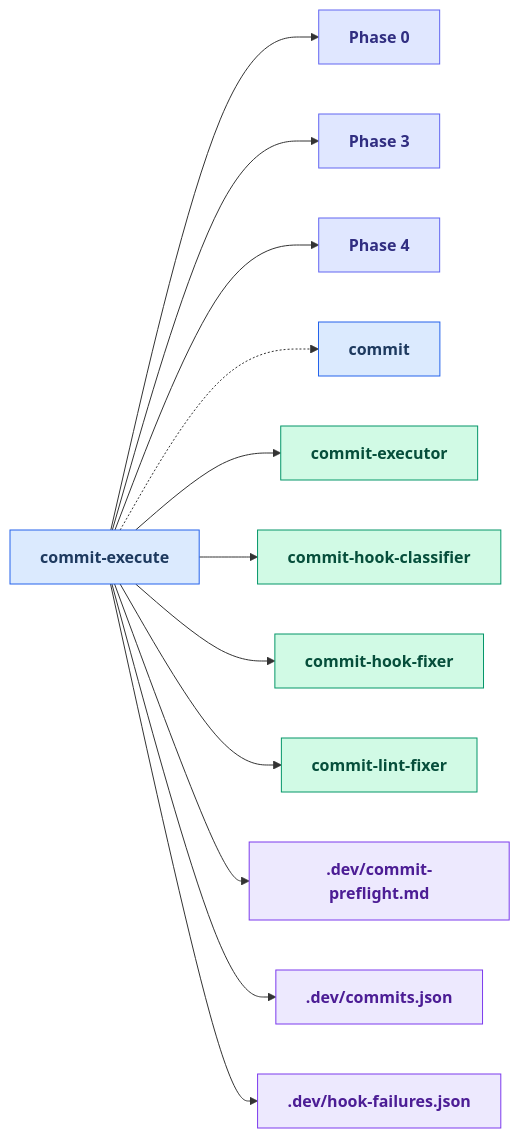
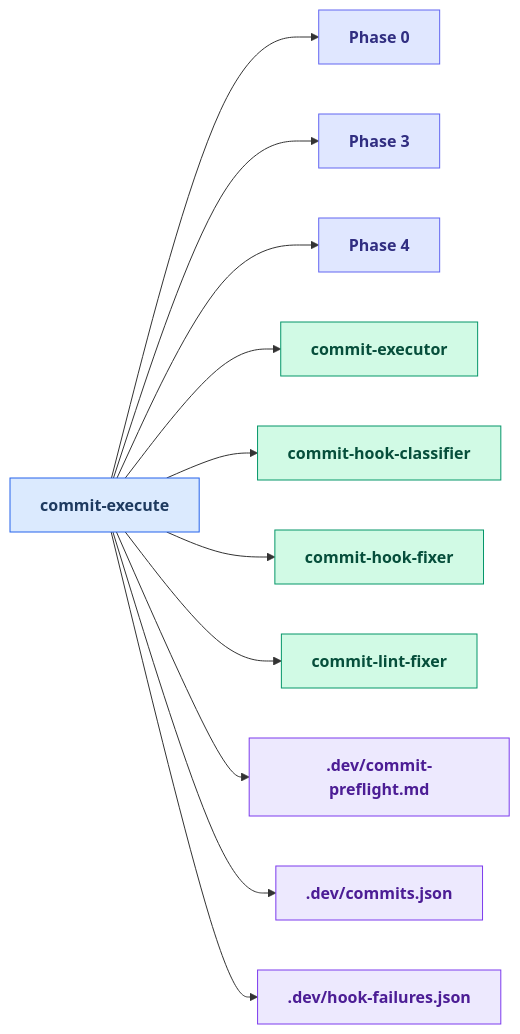
Before and after one commit to russell-laing/al-dev-shared: diagram 13 of 25 in docs/skills_map.md, drawn with Mermaid. The commit also changed other lines of this file and 14 other files, not shown here.

````diff
--- a/docs/skills_map.md
+++ b/docs/skills_map.md
@@ -659,46 +657,43 @@
 ```mermaid
 flowchart LR
     classDef skillNode fill:#dbeafe,stroke:#2563eb,color:#1e3a5f,font-weight:bold
     classDef agentNode fill:#d1fae5,stroke:#059669,color:#064e3b,font-weight:bold
     classDef knowledgeNode fill:#fef3c7,stroke:#d97706,color:#78350f,font-weight:bold
     classDef artifactNode fill:#ede9fe,stroke:#7c3aed,color:#4c1d95,font-weight:bold
     classDef phaseNode fill:#e0e7ff,stroke:#6366f1,color:#312e81,font-weight:bold
 
     skill_commit_execute[commit-execute]
     Phase0["Phase 0"]
     Phase3["Phase 3"]
     Phase4["Phase 4"]
-    skill_commit[commit]
     agent_commit_executor[commit-executor]
     agent_commit_hook_classifier[commit-hook-classifier]
     agent_commit_hook_fixer[commit-hook-fixer]
     agent_commit_lint_fixer[commit-lint-fixer]
     artifact_commit_preflight_md[.dev/commit-preflight.md]
     artifact_commits_json[.dev/commits.json]
     artifact_hook_failures_json[.dev/hook-failures.json]
 
     skill_commit_execute --> Phase0
     skill_commit_execute --> Phase3
     skill_commit_execute --> Phase4
-    skill_commit_execute -.-> skill_commit
     skill_commit_execute --> agent_commit_executor
     skill_commit_execute --> agent_commit_hook_classifier
     skill_commit_execute --> agent_commit_hook_fixer
     skill_commit_execute --> agent_commit_lint_fixer
     skill_commit_execute --> artifact_commit_preflight_md
     skill_commit_execute --> artifact_commits_json
     skill_commit_execute --> artifact_hook_failures_json
 
     class skill_commit_execute skillNode
     class Phase0 phaseNode
     class Phase3 phaseNode
     class Phase4 phaseNode
-    class skill_commit skillNode
     class agent_commit_executor agentNode
     class agent_commit_hook_classifier agentNode
     class agent_commit_hook_fixer agentNode
     class agent_commit_lint_fixer agentNode
     class artifact_commit_preflight_md artifactNode
     class artifact_commits_json artifactNode
     class artifact_hook_failures_json artifactNode
 ```
````
